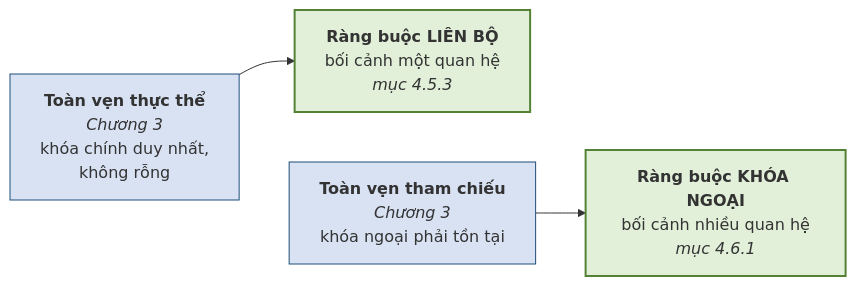
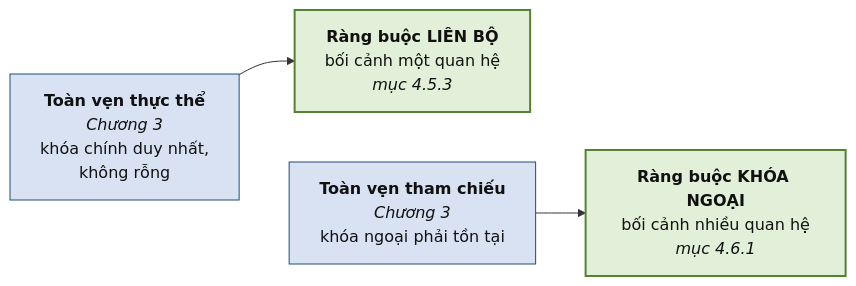
One commit to CuongNguyenDAU/csdl-dbs201 changed the first of 2 diagrams in docs/chuong-4/4-1-khai-niem-rang-buoc-toan-ven.md. Above: the diagram before and after it, drawn with Mermaid. The commit also changed other lines of this file and 123 other files, not shown here.

Commit message:
Cập nhật bài giảng v7: sơ đồ ER ký pháp Chen, hình minh họa tự vẽ, mở rộng toàn diện Chương 5 và bổ sung lời giải A4, B5

````diff
--- a/docs/chuong-4/4-1-khai-niem-rang-buoc-toan-ven.md
+++ b/docs/chuong-4/4-1-khai-niem-rang-buoc-toan-ven.md
@@ -69,10 +65,10 @@
 ```mermaid
 flowchart LR
     A["<b>Toàn vẹn thực thể</b><br/><i>Chương 3</i><br/>khóa chính duy nhất,<br/>không rỗng"] --> B["<b>Ràng buộc LIÊN BỘ</b><br/>bối cảnh một quan hệ<br/><i>mục 4.5.3</i>"]
     C["<b>Toàn vẹn tham chiếu</b><br/><i>Chương 3</i><br/>khóa ngoại phải tồn tại"] --> D["<b>Ràng buộc KHÓA NGOẠI</b><br/>bối cảnh nhiều quan hệ<br/><i>mục 4.6.1</i>"]
     A ~~~ C
-    style A fill:#D9E2F3,stroke:#1F4E79
-    style C fill:#D9E2F3,stroke:#1F4E79
-    style B fill:#E2F0D9,stroke:#548235,stroke-width:2px
-    style D fill:#E2F0D9,stroke:#548235,stroke-width:2px
+    style A fill:#D9E2F3,stroke:#1F4E79,color:#111111
+    style C fill:#D9E2F3,stroke:#1F4E79,color:#111111
+    style B fill:#E2F0D9,stroke:#548235,stroke-width:2px,color:#111111
+    style D fill:#E2F0D9,stroke:#548235,stroke-width:2px,color:#111111
 ```
````
